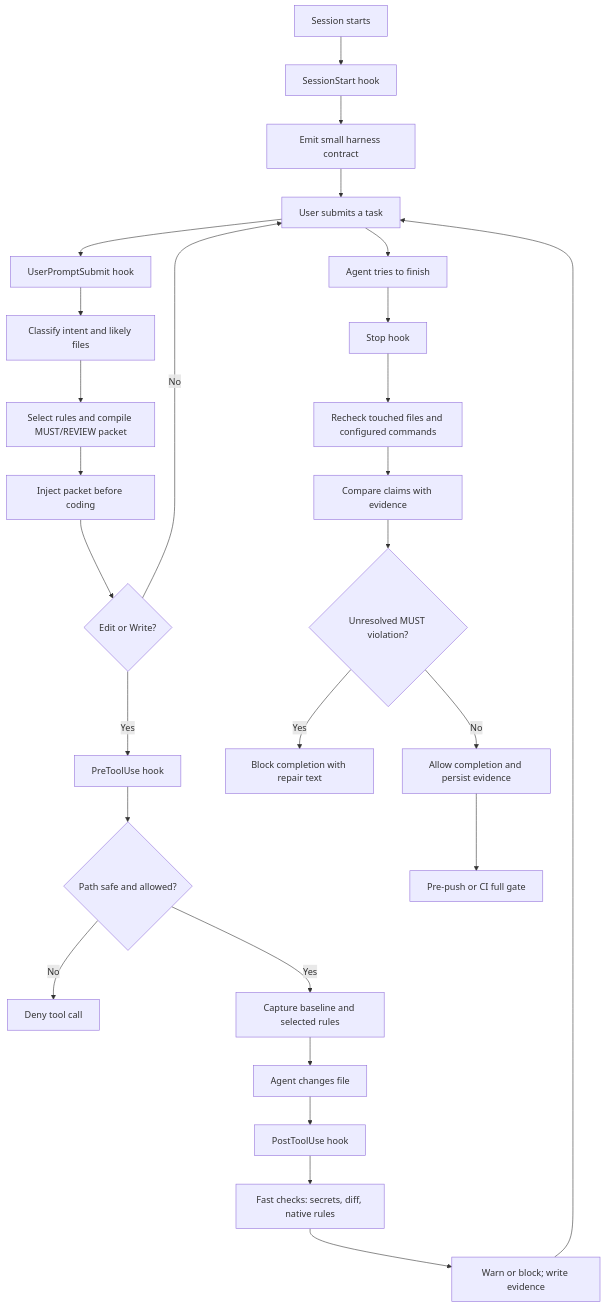
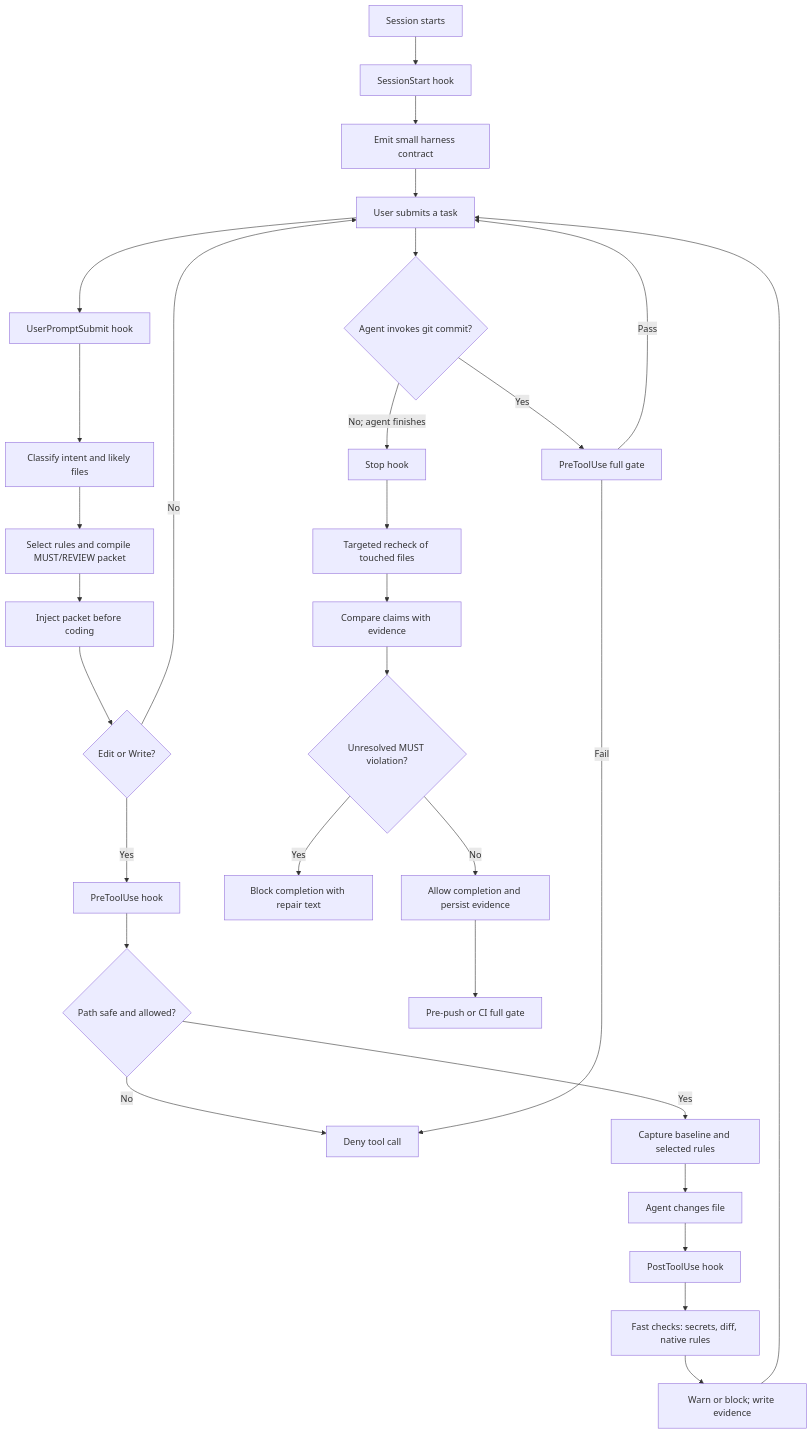
One commit to tcbuilds/lgtm changed the diagram in README.md. Above: the diagram before and after it, drawn with Mermaid. The commit also changed other lines of this file and 15 other files, not shown here.

Commit message:
fix(hooks): run full gate before agent commits

````diff
--- a/README.md
+++ b/README.md
@@ -98,29 +100,32 @@
 ```mermaid
 flowchart TD
     A[Session starts] --> B[SessionStart hook]
     B --> C[Emit small harness contract]
     C --> D[User submits a task]
     D --> E[UserPromptSubmit hook]
     E --> F[Classify intent and likely files]
     F --> G[Select rules and compile MUST/REVIEW packet]
     G --> H[Inject packet before coding]
     H --> I{Edit or Write?}
     I -->|No| D
     I -->|Yes| J[PreToolUse hook]
     J --> K{Path safe and allowed?}
     K -->|No| L[Deny tool call]
     K -->|Yes| M[Capture baseline and selected rules]
     M --> N[Agent changes file]
     N --> O[PostToolUse hook]
     O --> P[Fast checks: secrets, diff, native rules]
     P --> Q[Warn or block; write evidence]
     Q --> D
-    D --> R[Agent tries to finish]
-    R --> S[Stop hook]
-    S --> T[Recheck touched files and configured commands]
+    D --> R{Agent invokes git commit?}
+    R -->|Yes| Z[PreToolUse full gate]
+    Z -->|Fail| L
+    Z -->|Pass| D
+    R -->|No; agent finishes| S[Stop hook]
+    S --> T[Targeted recheck of touched files]
     T --> U[Compare claims with evidence]
     U --> V{Unresolved MUST violation?}
     V -->|Yes| W[Block completion with repair text]
     V -->|No| X[Allow completion and persist evidence]
     X --> Y[Pre-push or CI full gate]
 ```
````
